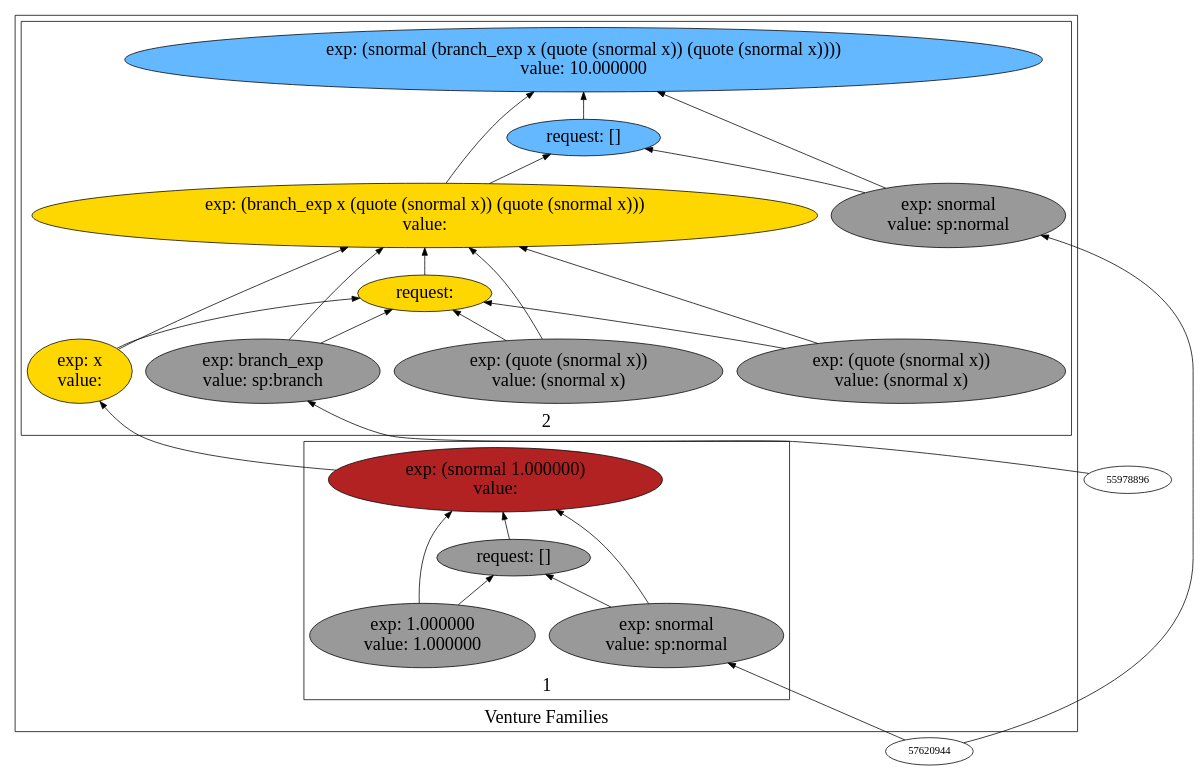
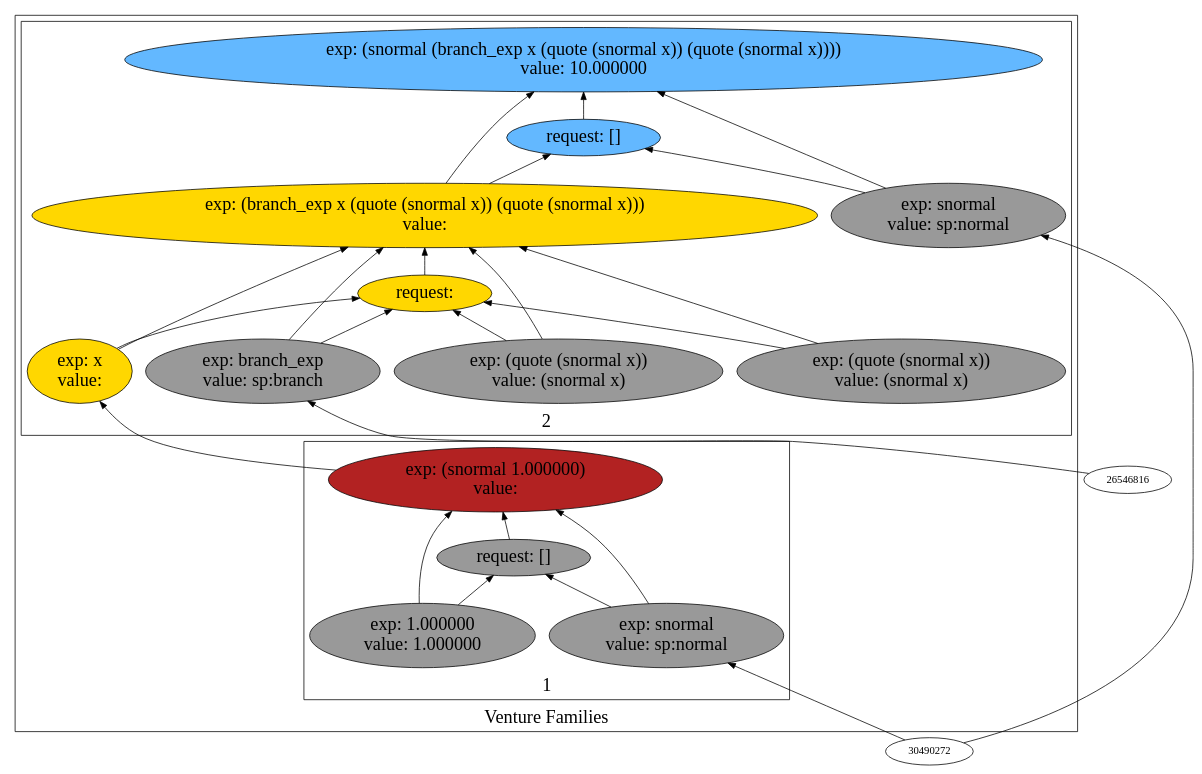
Before and after one commit to probcomp/Venturecxx: the diagram in backend/cxx/graphs/erg_to_drg/dot7.dot, drawn with Graphviz. The commit also changed 303 other files, not shown here.

Commit message:
Added a script to generate schematics

```diff
--- a/backend/cxx/graphs/erg_to_drg/dot7.dot
+++ b/backend/cxx/graphs/erg_to_drg/dot7.dot
@@ -1,53 +1,53 @@
 digraph {
 rankdir=BT
 fontsize=24
 subgraph cluster1 {
 label="Venture Families"
 subgraph cluster2 {
 label="1"
-"57853120"["fillcolor"="firebrick" "fontsize"="24" "label"="exp: (snormal 1.000000)\nvalue: " "shape"="ellipse" "style"="filled" ]
-"59845616"["fillcolor"="grey60" "fontsize"="24" "label"="request: []" "shape"="ellipse" "style"="filled" ]
-"58709264"["fillcolor"="grey60" "fontsize"="24" "label"="exp: snormal\nvalue: sp:normal" "shape"="ellipse" "style"="filled" ]
-"58747008"["fillcolor"="grey60" "fontsize"="24" "label"="exp: 1.000000\nvalue: 1.000000" "shape"="ellipse" "style"="filled" ]
+"32801712"["fillcolor"="firebrick" "fontsize"="24" "label"="exp: (snormal 1.000000)\nvalue: " "shape"="ellipse" "style"="filled" ]
+"32752080"["fillcolor"="grey60" "fontsize"="24" "label"="request: []" "shape"="ellipse" "style"="filled" ]
+"31366272"["fillcolor"="grey60" "fontsize"="24" "label"="exp: snormal\nvalue: sp:normal" "shape"="ellipse" "style"="filled" ]
+"31615728"["fillcolor"="grey60" "fontsize"="24" "label"="exp: 1.000000\nvalue: 1.000000" "shape"="ellipse" "style"="filled" ]
 }
 
 subgraph cluster3 {
 label="2"
-"59422672"["fillcolor"="steelblue1" "fontsize"="24" "label"="exp: (snormal (branch_exp x (quote (snormal x)) (quote (snormal x))))\nvalue: 10.000000" "shape"="ellipse" "style"="filled" ]
-"59197856"["fillcolor"="steelblue1" "fontsize"="24" "label"="request: []" "shape"="ellipse" "style"="filled" ]
-"59746352"["fillcolor"="grey60" "fontsize"="24" "label"="exp: snormal\nvalue: sp:normal" "shape"="ellipse" "style"="filled" ]
-"59162912"["fillcolor"="gold" "fontsize"="24" "label"="exp: (branch_exp x (quote (snormal x)) (quote (snormal x)))\nvalue: " "shape"="ellipse" "style"="filled" ]
-"60205760"["fillcolor"="gold" "fontsize"="24" "label"="request: " "shape"="ellipse" "style"="filled" ]
-"57694784"["fillcolor"="grey60" "fontsize"="24" "label"="exp: branch_exp\nvalue: sp:branch" "shape"="ellipse" "style"="filled" ]
-"58029104"["fillcolor"="gold" "fontsize"="24" "label"="exp: x\nvalue: " "shape"="ellipse" "style"="filled" ]
-"58459264"["fillcolor"="grey60" "fontsize"="24" "label"="exp: (quote (snormal x))\nvalue: (snormal x)" "shape"="ellipse" "style"="filled" ]
-"58161280"["fillcolor"="grey60" "fontsize"="24" "label"="exp: (quote (snormal x))\nvalue: (snormal x)" "shape"="ellipse" "style"="filled" ]
+"32104320"["fillcolor"="steelblue1" "fontsize"="24" "label"="exp: (snormal (branch_exp x (quote (snormal x)) (quote (snormal x))))\nvalue: 10.000000" "shape"="ellipse" "style"="filled" ]
+"32069376"["fillcolor"="steelblue1" "fontsize"="24" "label"="request: []" "shape"="ellipse" "style"="filled" ]
+"32591296"["fillcolor"="grey60" "fontsize"="24" "label"="exp: snormal\nvalue: sp:normal" "shape"="ellipse" "style"="filled" ]
+"31197024"["fillcolor"="gold" "fontsize"="24" "label"="exp: (branch_exp x (quote (snormal x)) (quote (snormal x)))\nvalue: " "shape"="ellipse" "style"="filled" ]
+"32652816"["fillcolor"="gold" "fontsize"="24" "label"="request: " "shape"="ellipse" "style"="filled" ]
+"31653472"["fillcolor"="grey60" "fontsize"="24" "label"="exp: branch_exp\nvalue: sp:branch" "shape"="ellipse" "style"="filled" ]
+"30638576"["fillcolor"="gold" "fontsize"="24" "label"="exp: x\nvalue: " "shape"="ellipse" "style"="filled" ]
+"31365216"["fillcolor"="grey60" "fontsize"="24" "label"="exp: (quote (snormal x))\nvalue: (snormal x)" "shape"="ellipse" "style"="filled" ]
+"31287392"["fillcolor"="grey60" "fontsize"="24" "label"="exp: (quote (snormal x))\nvalue: (snormal x)" "shape"="ellipse" "style"="filled" ]
 }
 
 }
 
-"58709264" -> "57853120"["arrowhead"="normal" "color"="black" "constraint"="true" "style"="solid" ]
-"58709264" -> "59845616"["arrowhead"="normal" "color"="black" "constraint"="true" "style"="solid" ]
-"57620944" -> "58709264"["arrowhead"="normal" "color"="black" "constraint"="true" "style"="solid" ]
-"58747008" -> "57853120"["arrowhead"="normal" "color"="black" "constraint"="true" "style"="solid" ]
-"58747008" -> "59845616"["arrowhead"="normal" "color"="black" "constraint"="true" "style"="solid" ]
-"59845616" -> "57853120"["arrowhead"="normal" "color"="black" "constraint"="true" "style"="solid" ]
-"59746352" -> "59422672"["arrowhead"="normal" "color"="black" "constraint"="true" "style"="solid" ]
-"59746352" -> "59197856"["arrowhead"="normal" "color"="black" "constraint"="true" "style"="solid" ]
-"57620944" -> "59746352"["arrowhead"="normal" "color"="black" "constraint"="true" "style"="solid" ]
-"59162912" -> "59422672"["arrowhead"="normal" "color"="black" "constraint"="true" "style"="solid" ]
-"59162912" -> "59197856"["arrowhead"="normal" "color"="black" "constraint"="true" "style"="solid" ]
-"57694784" -> "59162912"["arrowhead"="normal" "color"="black" "constraint"="true" "style"="solid" ]
-"57694784" -> "60205760"["arrowhead"="normal" "color"="black" "constraint"="true" "style"="solid" ]
-"55978896" -> "57694784"["arrowhead"="normal" "color"="black" "constraint"="true" "style"="solid" ]
-"58029104" -> "59162912"["arrowhead"="normal" "color"="black" "constraint"="true" "style"="solid" ]
-"58029104" -> "60205760"["arrowhead"="normal" "color"="black" "constraint"="true" "style"="solid" ]
-"57853120" -> "58029104"["arrowhead"="normal" "color"="black" "constraint"="true" "style"="solid" ]
-"58459264" -> "59162912"["arrowhead"="normal" "color"="black" "constraint"="true" "style"="solid" ]
-"58459264" -> "60205760"["arrowhead"="normal" "color"="black" "constraint"="true" "style"="solid" ]
-"58161280" -> "59162912"["arrowhead"="normal" "color"="black" "constraint"="true" "style"="solid" ]
-"58161280" -> "60205760"["arrowhead"="normal" "color"="black" "constraint"="true" "style"="solid" ]
-"60205760" -> "59162912"["arrowhead"="normal" "color"="black" "constraint"="true" "style"="solid" ]
-"59197856" -> "59422672"["arrowhead"="normal" "color"="black" "constraint"="true" "style"="solid" ]
+"32591296" -> "32104320"["arrowhead"="normal" "color"="black" "constraint"="true" "style"="solid" ]
+"32591296" -> "32069376"["arrowhead"="normal" "color"="black" "constraint"="true" "style"="solid" ]
+"30490272" -> "32591296"["arrowhead"="normal" "color"="black" "constraint"="true" "style"="solid" ]
+"31197024" -> "32104320"["arrowhead"="normal" "color"="black" "constraint"="true" "style"="solid" ]
+"31197024" -> "32069376"["arrowhead"="normal" "color"="black" "constraint"="true" "style"="solid" ]
+"31653472" -> "31197024"["arrowhead"="normal" "color"="black" "constraint"="true" "style"="solid" ]
+"31653472" -> "32652816"["arrowhead"="normal" "color"="black" "constraint"="true" "style"="solid" ]
+"26546816" -> "31653472"["arrowhead"="normal" "color"="black" "constraint"="true" "style"="solid" ]
+"30638576" -> "31197024"["arrowhead"="normal" "color"="black" "constraint"="true" "style"="solid" ]
+"30638576" -> "32652816"["arrowhead"="normal" "color"="black" "constraint"="true" "style"="solid" ]
+"32801712" -> "30638576"["arrowhead"="normal" "color"="black" "constraint"="true" "style"="solid" ]
+"31365216" -> "31197024"["arrowhead"="normal" "color"="black" "constraint"="true" "style"="solid" ]
+"31365216" -> "32652816"["arrowhead"="normal" "color"="black" "constraint"="true" "style"="solid" ]
+"31287392" -> "31197024"["arrowhead"="normal" "color"="black" "constraint"="true" "style"="solid" ]
+"31287392" -> "32652816"["arrowhead"="normal" "color"="black" "constraint"="true" "style"="solid" ]
+"32652816" -> "31197024"["arrowhead"="normal" "color"="black" "constraint"="true" "style"="solid" ]
+"32069376" -> "32104320"["arrowhead"="normal" "color"="black" "constraint"="true" "style"="solid" ]
+"31366272" -> "32801712"["arrowhead"="normal" "color"="black" "constraint"="true" "style"="solid" ]
+"31366272" -> "32752080"["arrowhead"="normal" "color"="black" "constraint"="true" "style"="solid" ]
+"30490272" -> "31366272"["arrowhead"="normal" "color"="black" "constraint"="true" "style"="solid" ]
+"31615728" -> "32801712"["arrowhead"="normal" "color"="black" "constraint"="true" "style"="solid" ]
+"31615728" -> "32752080"["arrowhead"="normal" "color"="black" "constraint"="true" "style"="solid" ]
+"32752080" -> "32801712"["arrowhead"="normal" "color"="black" "constraint"="true" "style"="solid" ]
 
 }
```
